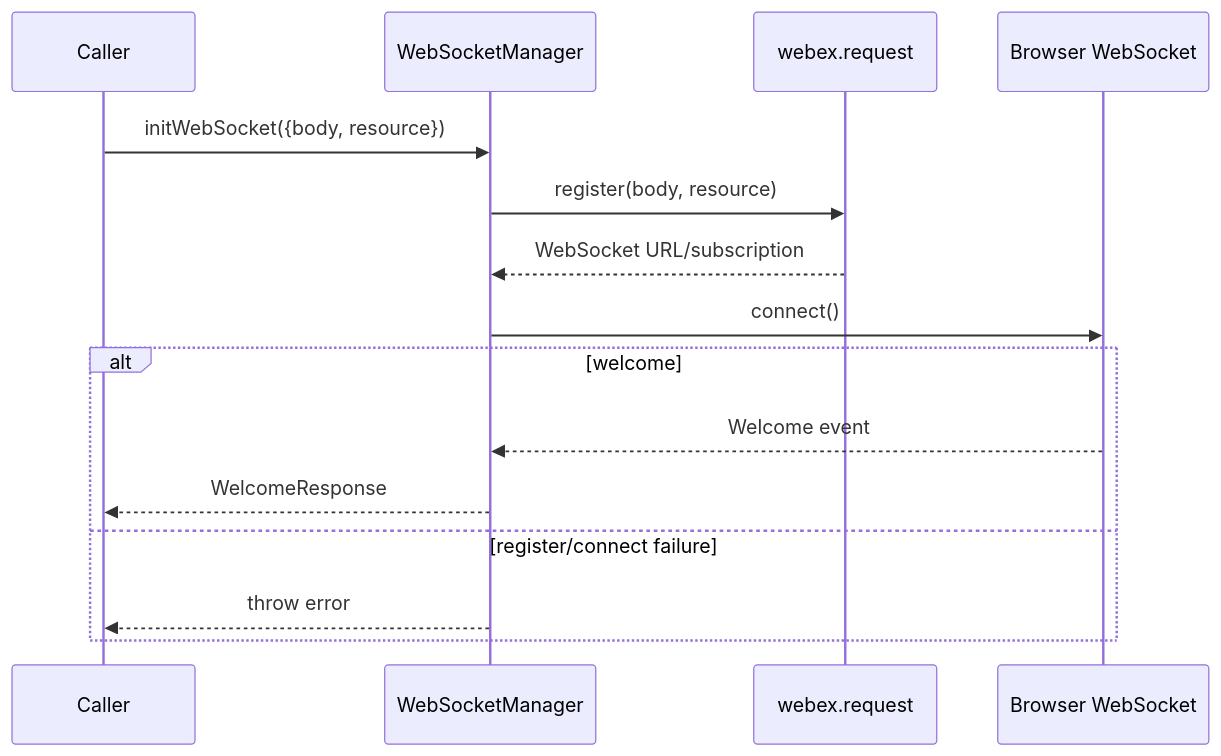
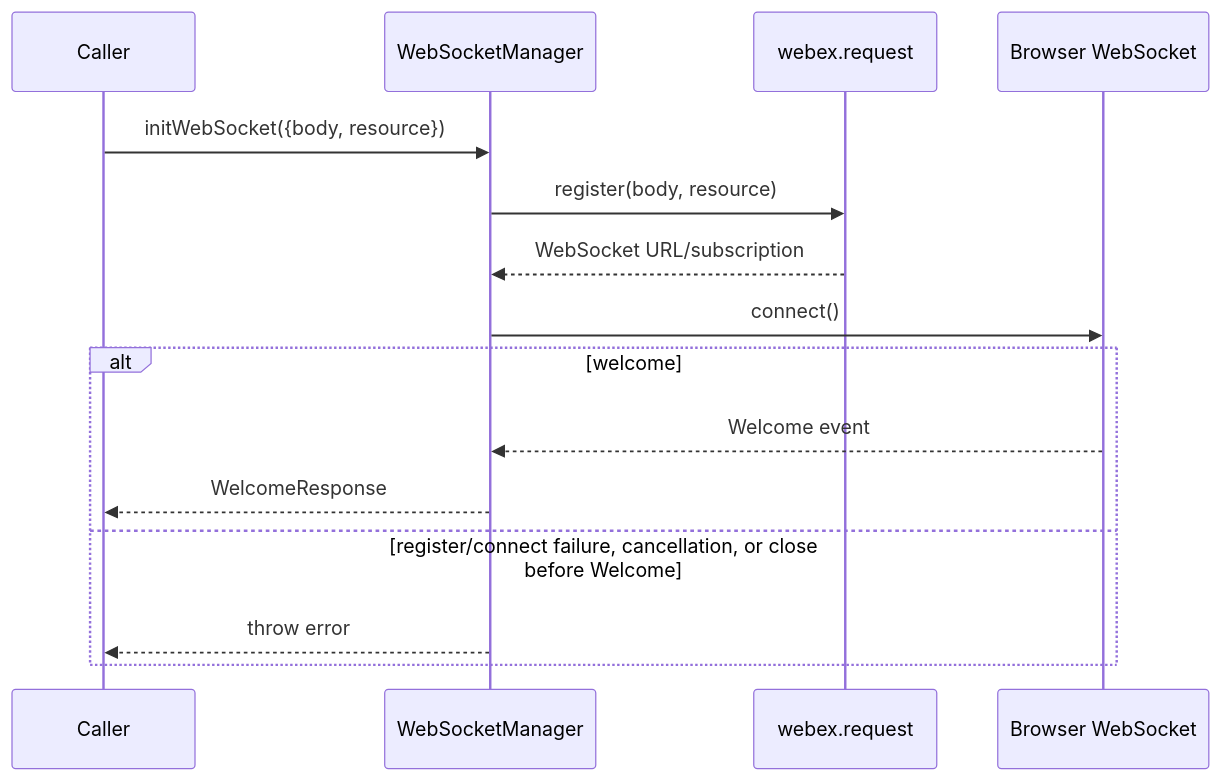
The fourth of 9 diagrams in packages/@webex/contact-center/src/services/core/ai-docs/core-spec.md (webex/webex-js-sdk), drawn with Mermaid before and after one commit. The commit also changed other lines of this file and 19 other files, not shown here.

````diff
--- a/packages/@webex/contact-center/src/services/core/ai-docs/core-spec.md
+++ b/packages/@webex/contact-center/src/services/core/ai-docs/core-spec.md
@@ -359,17 +359,17 @@
 ```mermaid
 sequenceDiagram
   participant Caller
   participant WSM as WebSocketManager
   participant Host as webex.request
   participant WS as Browser WebSocket
   Caller->>WSM: initWebSocket({body, resource})
   WSM->>Host: register(body, resource)
   Host-->>WSM: WebSocket URL/subscription
   WSM->>WS: connect()
   alt welcome
     WS-->>WSM: Welcome event
     WSM-->>Caller: WelcomeResponse
-  else register/connect failure
+  else register/connect failure, cancellation, or close before Welcome
     WSM-->>Caller: throw error
   end
 ```
````
